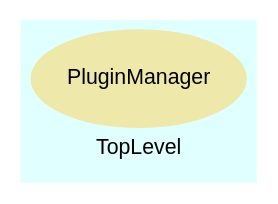
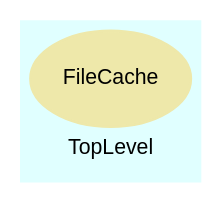
The diagram in trunk/server/doc/rdoc/dot/f_11.dot (rsence/rsence), drawn with Graphviz before and after one commit. The commit also changed 130 other files, not shown here.

```diff
--- a/trunk/server/doc/rdoc/dot/f_11.dot
+++ b/trunk/server/doc/rdoc/dot/f_11.dot
@@ -1,22 +1,22 @@
 digraph TopLevel {
     compound = true
     bgcolor = lightcyan1
     fontname = Arial
     fontsize = 8
     label = "TopLevel"
     node [
         fontname = Arial,
         fontsize = 8,
         color = black
     ]
 
-    PluginManager [
+    FileCache [
         fontcolor = black,
-        URL = "classes/PluginManager.html",
+        URL = "classes/FileCache.html",
         shape = ellipse,
         color = palegoldenrod,
         style = filled,
-        label = "PluginManager"
+        label = "FileCache"
     ]
 
 }
```
